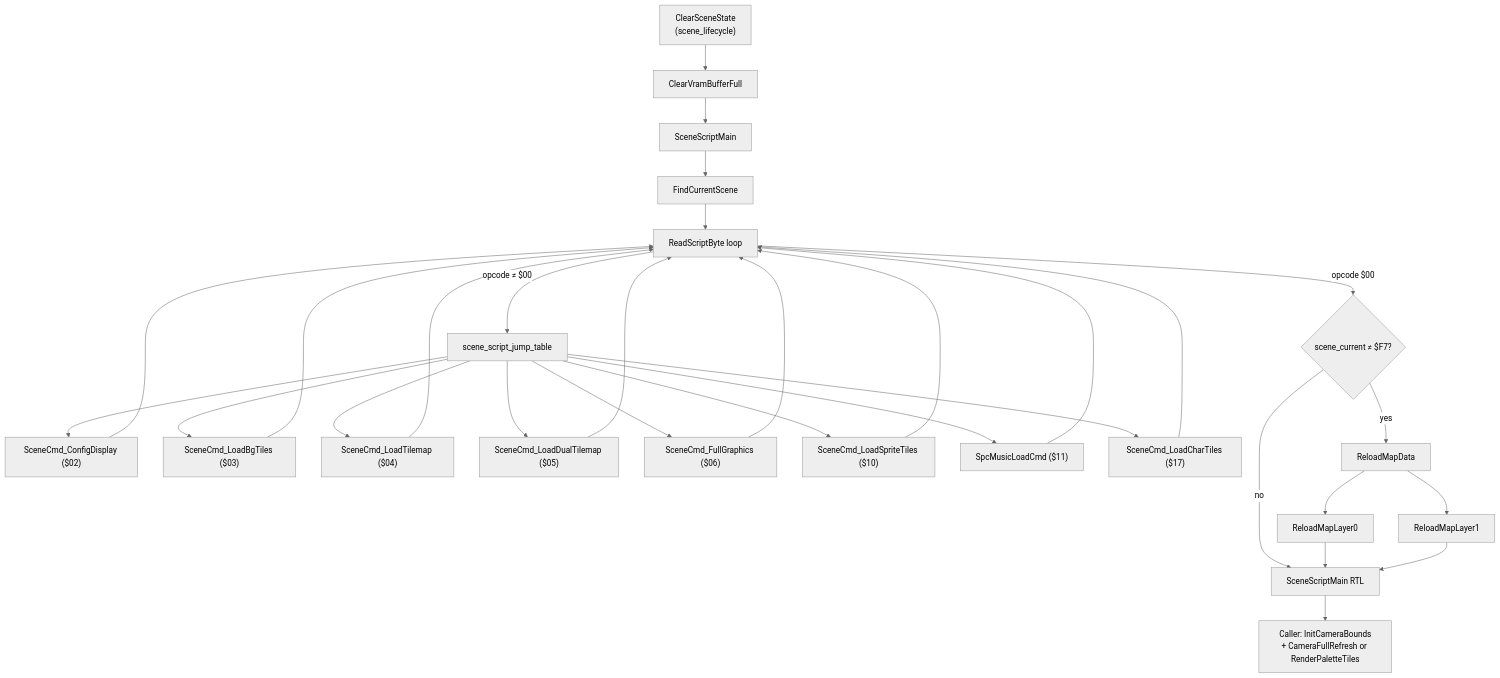
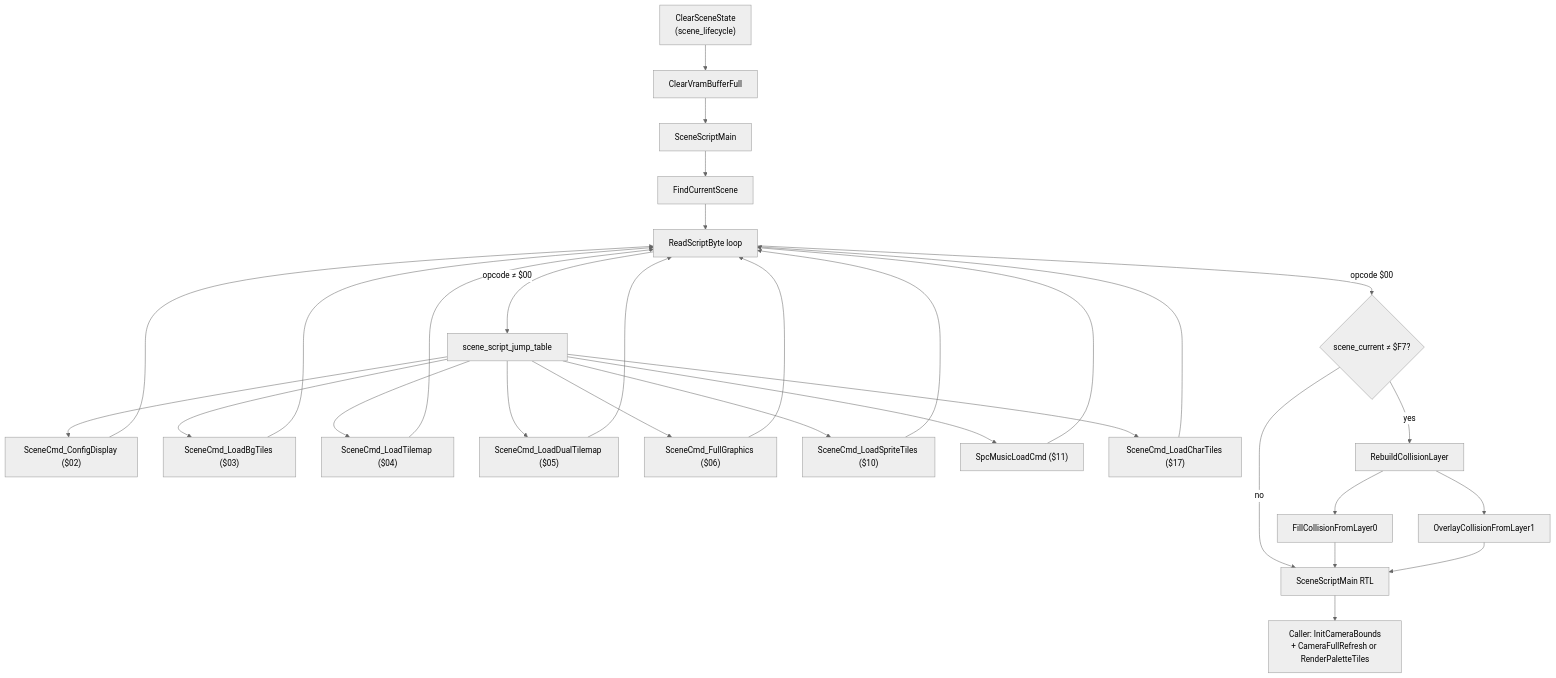
One commit to Azarem/gaia-iog-baserom changed the first of 2 diagrams in docs/code/bank02/scene-script.md. Above: the diagram before and after it, drawn with Mermaid (neutral theme). The commit also changed other lines of this file and 228 other files, not shown here.

````diff
--- a/docs/code/bank02/scene-script.md
+++ b/docs/code/bank02/scene-script.md
@@ -17,32 +17,32 @@
 ```mermaid
 flowchart TD
     ClearSceneState["ClearSceneState<br/>(scene_lifecycle)"] --> ClearVram["ClearVramBufferFull"]
     ClearVram --> SSM["SceneScriptMain"]
     SSM --> FCS["FindCurrentScene"]
     FCS --> Loop["ReadScriptByte loop"]
     Loop -->|"opcode ≠ $00"| Dispatch["scene_script_jump_table"]
     Dispatch --> ConfigDisplay["SceneCmd_ConfigDisplay ($02)"]
     Dispatch --> LoadBg["SceneCmd_LoadBgTiles ($03)"]
     Dispatch --> LoadTilemap["SceneCmd_LoadTilemap ($04)"]
     Dispatch --> LoadDual["SceneCmd_LoadDualTilemap ($05)"]
     Dispatch --> FullGfx["SceneCmd_FullGraphics ($06)"]
     Dispatch --> LoadSprite["SceneCmd_LoadSpriteTiles ($10)"]
     Dispatch --> SpcMusic["SpcMusicLoadCmd ($11)"]
     Dispatch --> LoadChar["SceneCmd_LoadCharTiles ($17)"]
     ConfigDisplay --> Loop
     LoadBg --> Loop
     LoadTilemap --> Loop
     LoadDual --> Loop
     FullGfx --> Loop
     LoadSprite --> Loop
     SpcMusic --> Loop
     LoadChar --> Loop
     Loop -->|"opcode $00"| EndCheck{"scene_current ≠ $F7?"}
-    EndCheck -->|yes| RLD["ReloadMapData"]
+    EndCheck -->|yes| RLD["RebuildCollisionLayer"]
     EndCheck -->|no| ScriptDone["SceneScriptMain RTL"]
-    RLD --> ReloadL0["ReloadMapLayer0"]
-    RLD --> ReloadL1["ReloadMapLayer1"]
+    RLD --> ReloadL0["FillCollisionFromLayer0"]
+    RLD --> ReloadL1["OverlayCollisionFromLayer1"]
     ReloadL0 --> ScriptDone
     ReloadL1 --> ScriptDone
     ScriptDone --> PostLoad["Caller: InitCameraBounds<br/>+ CameraFullRefresh or RenderPaletteTiles"]
 ```
````
